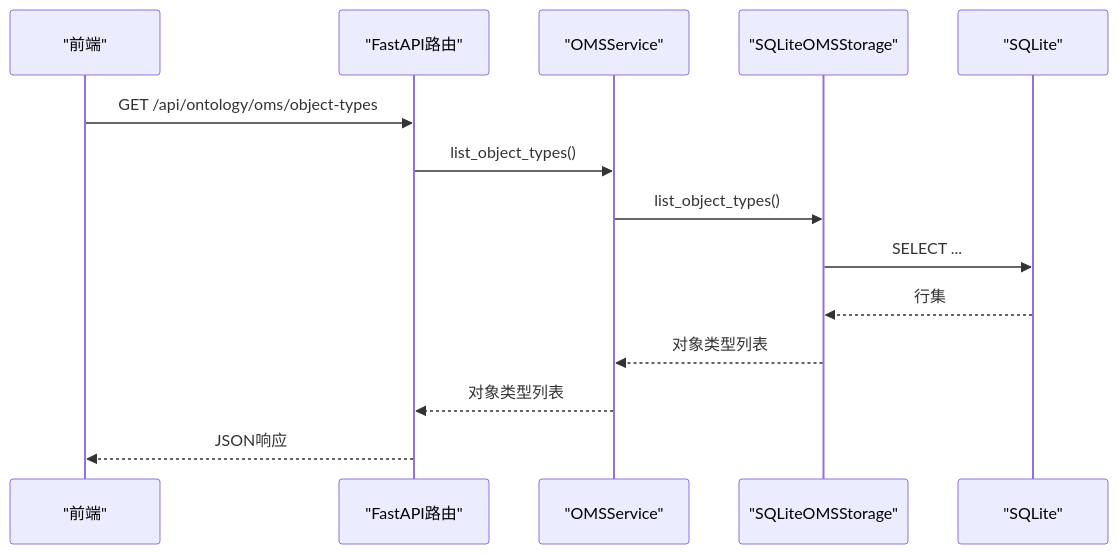
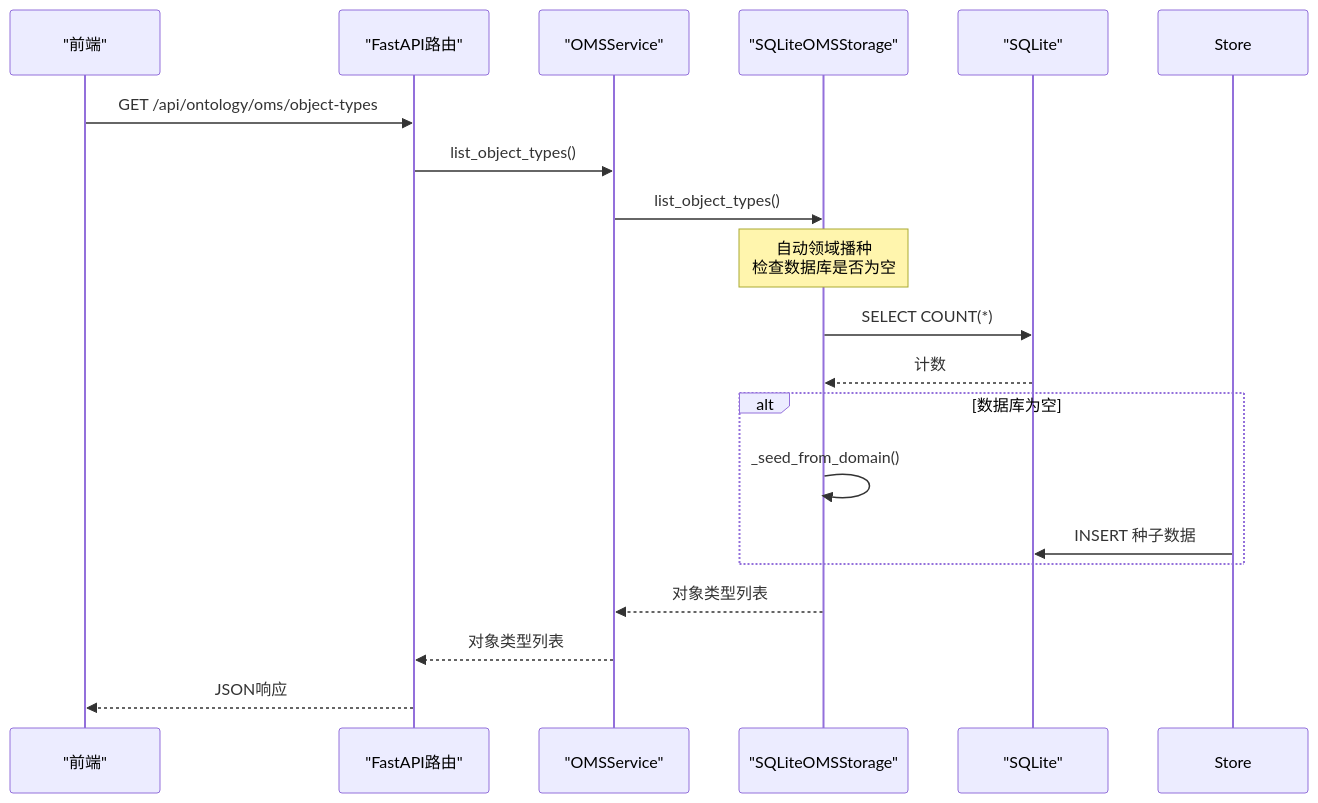
The second of 8 diagrams in .qoder/repowiki/zh/content/项目概述/核心特性/OMS元模型框架/OMS元模型框架.md (inier/ontology-graphiti), drawn with Mermaid before and after one commit. The commit also changed other lines of this file and 85 other files, not shown here.

````diff
--- a/.qoder/repowiki/zh/content/项目概述/核心特性/OMS元模型框架/OMS元模型框架.md
+++ b/.qoder/repowiki/zh/content/项目概述/核心特性/OMS元模型框架/OMS元模型框架.md
@@ -104,16 +119,21 @@
 ```mermaid
 sequenceDiagram
 participant FE as "前端"
 participant API as "FastAPI路由"
 participant SVC as "OMSService"
 participant STORE as "SQLiteOMSStorage"
 participant DB as "SQLite"
 FE->>API : GET /api/ontology/oms/object-types
 API->>SVC : list_object_types()
 SVC->>STORE : list_object_types()
-STORE->>DB : SELECT ...
-DB-->>STORE : 行集
+Note over STORE : 自动领域播种<br/>检查数据库是否为空
+STORE->>DB : SELECT COUNT(*)
+DB-->>STORE : 计数
+alt 数据库为空
+STORE->>STORE : _seed_from_domain()
+Store->>DB : INSERT 种子数据
+end
 STORE-->>SVC : 对象类型列表
 SVC-->>API : 对象类型列表
 API-->>FE : JSON响应
 ```
````
